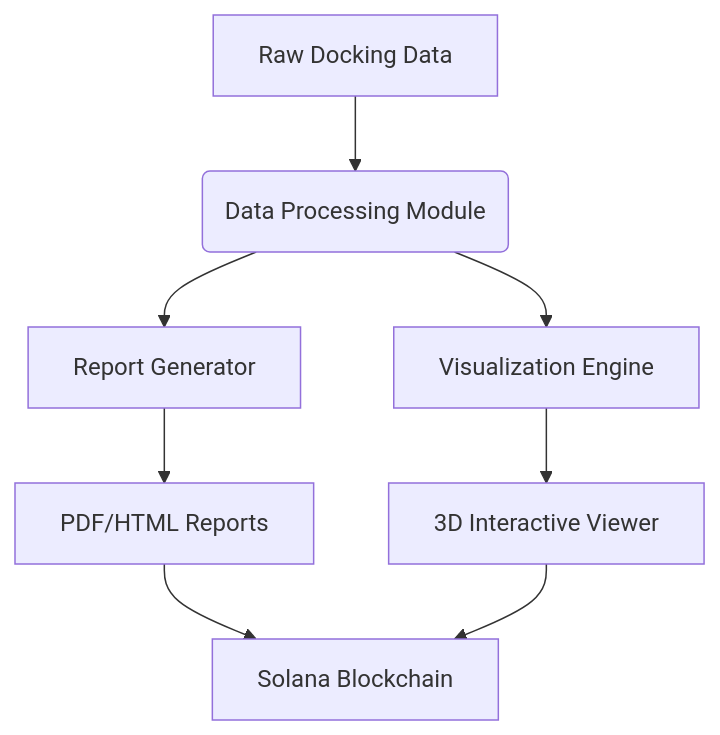
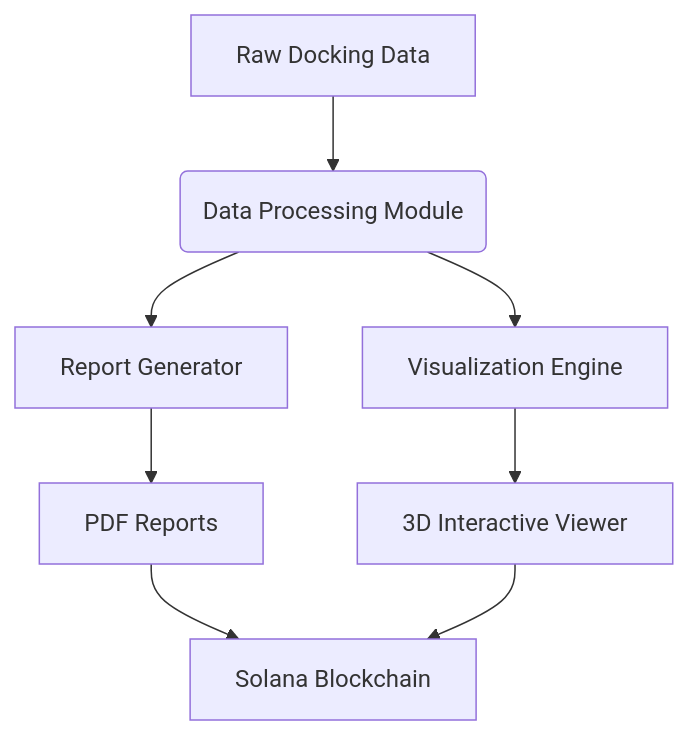
One commit to piyushjha0409/DockAI changed the diagram in README.md. Above: the diagram before and after it, drawn with Mermaid. The commit also changed other lines of this file and 40 other files, not shown here.

````diff
--- a/README.md
+++ b/README.md
@@ -27,10 +25,10 @@
 ```mermaid
 graph TD
   A[Raw Docking Data] --> B(Data Processing Module)
   B --> C[Report Generator]
   B --> D[Visualization Engine]
-  C --> E[PDF/HTML Reports]
+  C --> E[PDF Reports]
   D --> F[3D Interactive Viewer]
   E & F --> G[Solana Blockchain]
 
 ```
````
